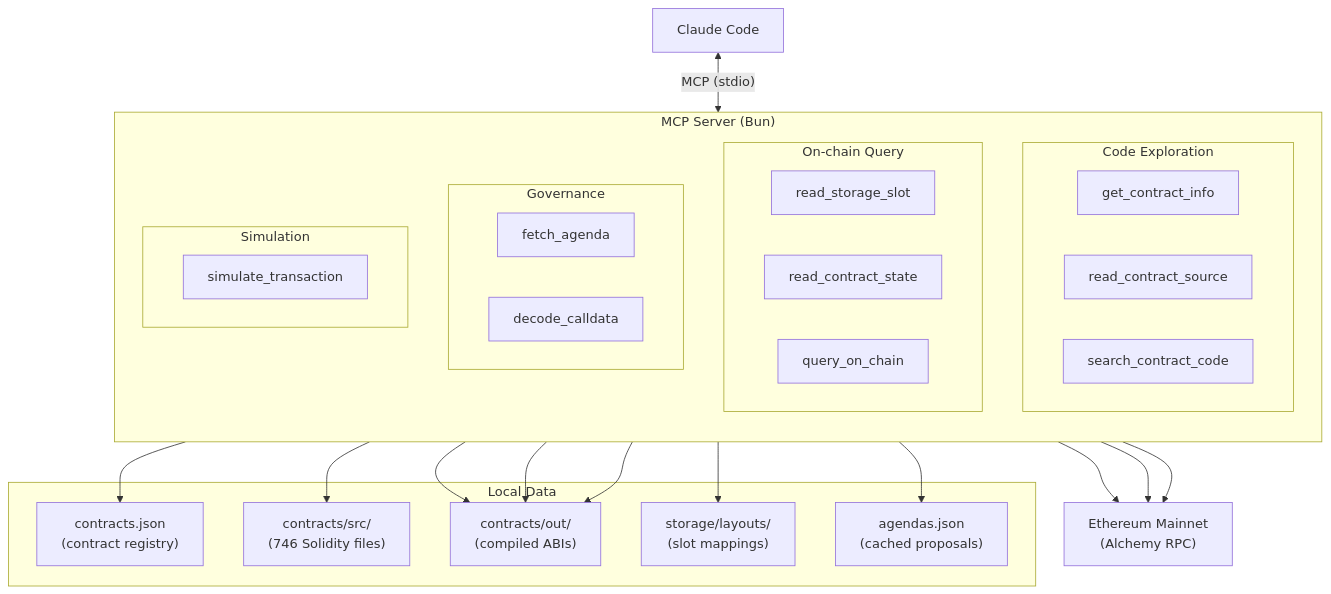
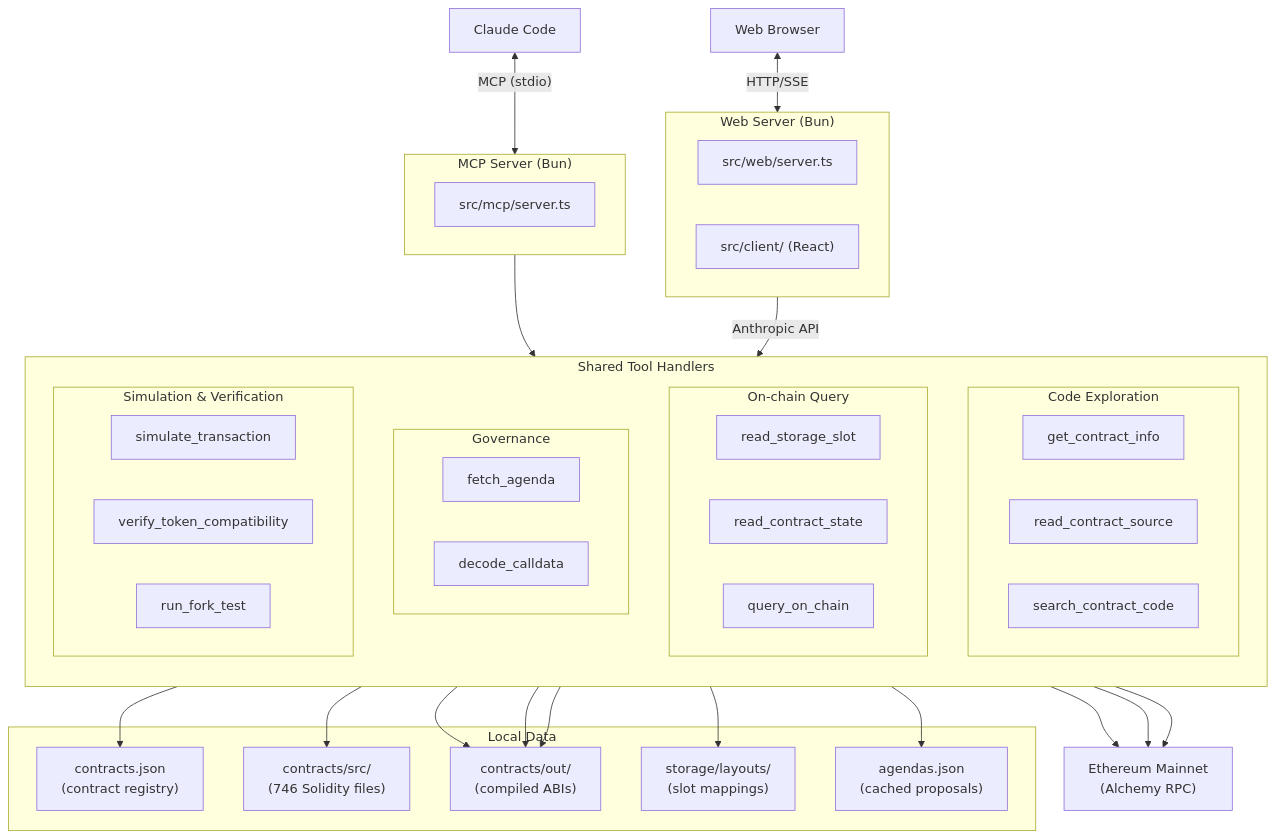
Before and after one commit to tokamak-network/tokamak-dao-agent: the diagram in README.md, drawn with Mermaid. The commit also changed other lines of this file, not shown here.

Commit message:
docs: update README with web UI and missing tools
Add Web Chat UI path to architecture diagram, include
verify_token_compatibility and run_fork_test in tools table,
and document src/web/, src/client/, contracts/test/ directories.

````diff
--- a/README.md
+++ b/README.md
@@ -9,46 +9,64 @@
 ```mermaid
 flowchart TB
     Claude["Claude Code"]
+    Browser["Web Browser"]
 
-    Claude <-->|"MCP (stdio)"| Server
+    Claude <-->|"MCP (stdio)"| MCP
+    Browser <-->|"HTTP/SSE"| Web
 
-    subgraph Server["MCP Server (Bun)"]
+    subgraph MCP["MCP Server (Bun)"]
+        direction LR
+        mcp_entry["src/mcp/server.ts"]
+    end
+
+    subgraph Web["Web Server (Bun)"]
+        direction LR
+        web_entry["src/web/server.ts"]
+        web_client["src/client/ (React)"]
+    end
+
+    MCP --> Handlers
+    Web -->|"Anthropic API"| Handlers
+
+    subgraph Handlers["Shared Tool Handlers"]
         direction TB
 
         subgraph tools1["Code Exploration"]
             get_contract_info
             read_contract_source
             search_contract_code
         end
 
         subgraph tools2["On-chain Query"]
             read_storage_slot
             read_contract_state
             query_on_chain
         end
 
         subgraph tools3["Governance"]
             fetch_agenda
             decode_calldata
         end
 
-        subgraph tools4["Simulation"]
+        subgraph tools4["Simulation & Verification"]
             simulate_transaction
+            verify_token_compatibility
+            run_fork_test
         end
     end
 
     subgraph Data["Local Data"]
         contracts_json["contracts.json\n(contract registry)"]
         sources["contracts/src/\n(746 Solidity files)"]
         abis["contracts/out/\n(compiled ABIs)"]
         layouts["storage/layouts/\n(slot mappings)"]
         agendas["agendas.json\n(cached proposals)"]
     end
 
     RPC["Ethereum Mainnet\n(Alchemy RPC)"]
 
     tools1 --> contracts_json & sources & abis
     tools2 --> layouts & abis & RPC
     tools3 --> agendas & abis & RPC
     tools4 --> RPC
 ```
````
